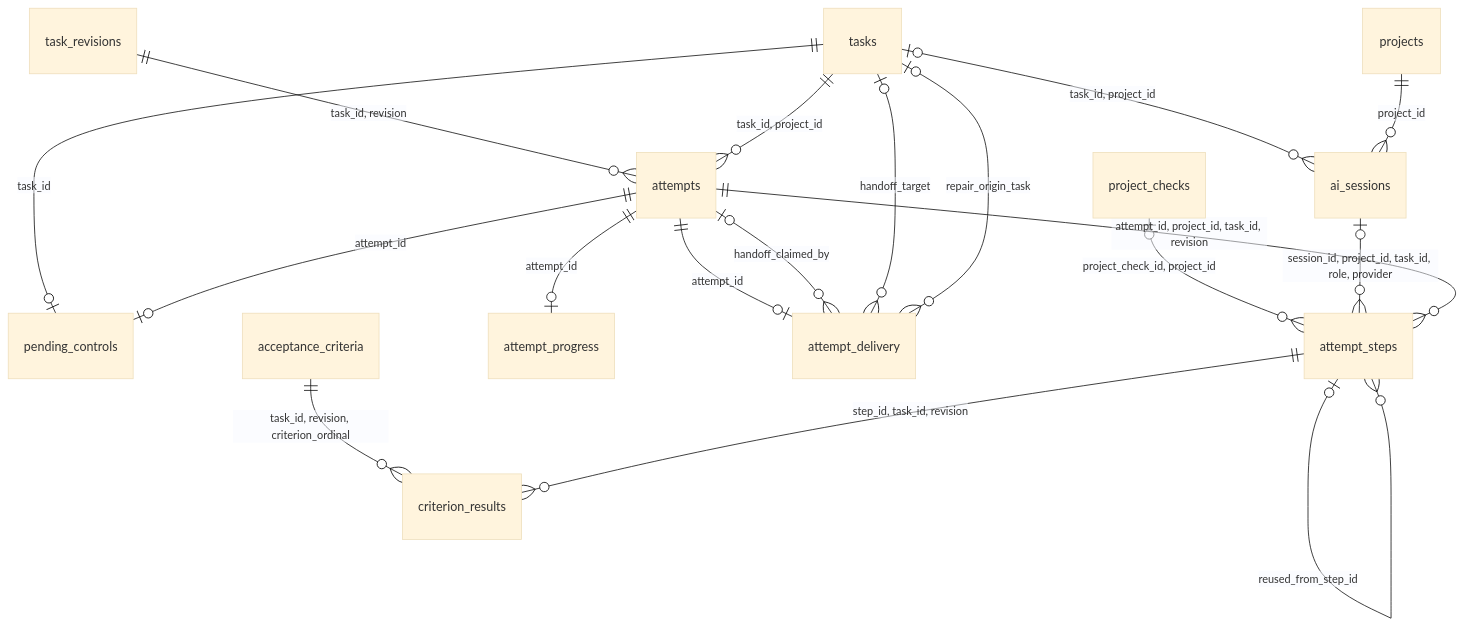
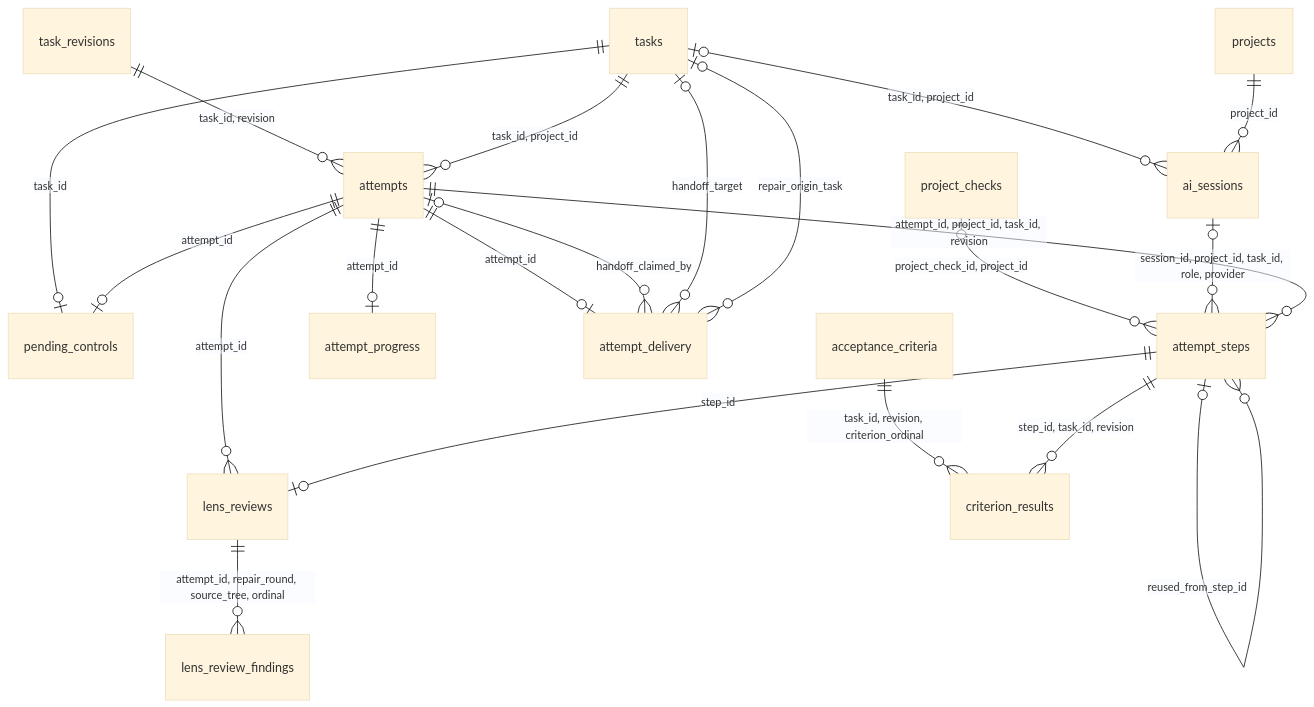
Before and after one commit to IllyaYalovyy/ktask-rs: the second of 3 diagrams in docs/STORAGE.md, drawn with Mermaid (base theme). The commit also changed other lines of this file and 53 other files, not shown here.

````diff
--- a/docs/STORAGE.md
+++ b/docs/STORAGE.md
@@ -208,20 +224,23 @@
 ```mermaid
 erDiagram
     task_revisions ||--o{ attempts : "task_id, revision"
     tasks ||--o{ attempts : "task_id, project_id"
     tasks ||--o| pending_controls : "task_id"
     attempts ||--o| pending_controls : "attempt_id"
     tasks o|--o{ ai_sessions : "task_id, project_id"
     projects ||--o{ ai_sessions : "project_id"
     project_checks o|--o{ attempt_steps : "project_check_id, project_id"
     ai_sessions o|--o{ attempt_steps : "session_id, project_id, task_id, role, provider"
     attempts ||--o| attempt_progress : "attempt_id"
+    attempts ||--o{ lens_reviews : "attempt_id"
+    attempt_steps ||--o| lens_reviews : "step_id"
+    lens_reviews ||--o{ lens_review_findings : "attempt_id, repair_round, source_tree, ordinal"
     attempts ||--o| attempt_delivery : "attempt_id"
     attempts o|--o{ attempt_delivery : "handoff_claimed_by"
     tasks o|--o{ attempt_delivery : "handoff_target"
     tasks o|--o{ attempt_delivery : "repair_origin_task"
     attempts ||--o{ attempt_steps : "attempt_id, project_id, task_id, revision"
     attempt_steps o|--o{ attempt_steps : "reused_from_step_id"
     acceptance_criteria ||--o{ criterion_results : "task_id, revision, criterion_ordinal"
     attempt_steps ||--o{ criterion_results : "step_id, task_id, revision"
 ```
````
